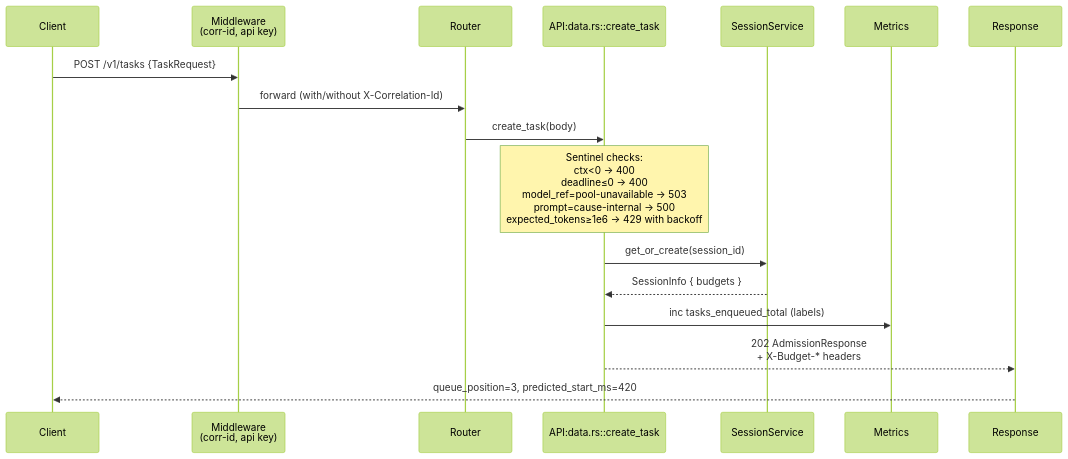
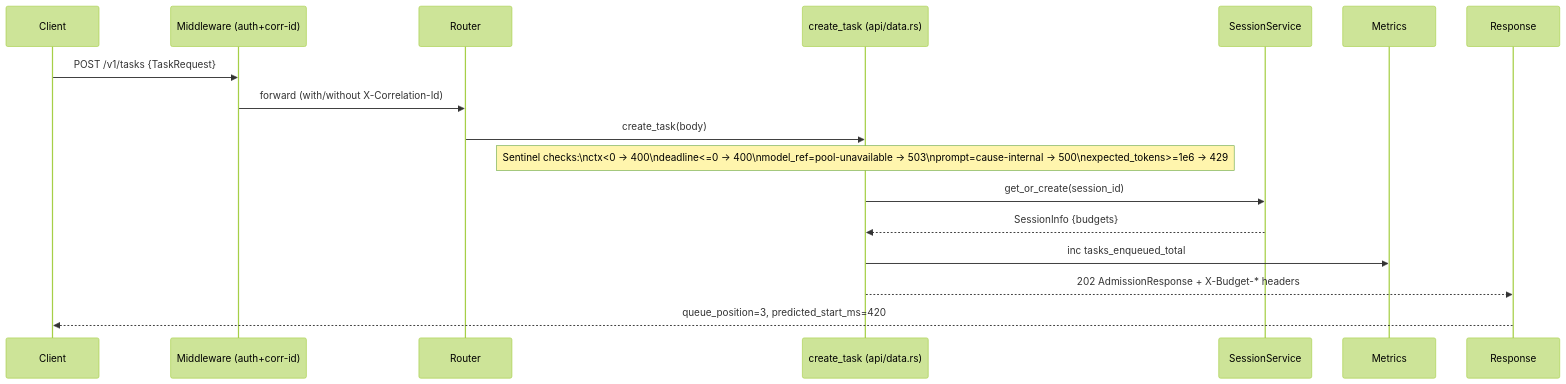
The third of 11 diagrams in orchestratord/README.md (veighnsche/llama-orch), drawn with Mermaid (forest theme) before and after one commit. The commit also changed other lines of this file and 3 other files, not shown here.

Commit message:
docs: simplify Mermaid diagrams by removing redundant labels and notes

````diff
--- a/orchestratord/README.md
+++ b/orchestratord/README.md
@@ -189,20 +189,20 @@
 ```mermaid
 sequenceDiagram
   participant C as Client
-  participant M as Middleware<br/>(corr-id, api key)
+  participant M as Middleware (auth+corr-id)
   participant R as Router
-  participant A as API:data.rs::create_task
+  participant A as create_task (api/data.rs)
   participant S as SessionService
   participant MET as Metrics
   participant RES as Response
 
   C->>M: POST /v1/tasks {TaskRequest}
   M->>R: forward (with/without X-Correlation-Id)
   R->>A: create_task(body)
-  Note over A: Sentinel checks:<br/>ctx<0 → 400<br/>deadline≤0 → 400<br/>model_ref=pool-unavailable → 503<br/>prompt=cause-internal → 500<br/>expected_tokens≥1e6 → 429 with backoff
+  Note over A: Sentinel checks:\nctx<0 -> 400\ndeadline<=0 -> 400\nmodel_ref=pool-unavailable -> 503\nprompt=cause-internal -> 500\nexpected_tokens>=1e6 -> 429
   A->>S: get_or_create(session_id)
-  S-->>A: SessionInfo { budgets }
-  A->>MET: inc tasks_enqueued_total (labels)
-  A-->>RES: 202 AdmissionResponse<br/>+ X-Budget-* headers
+  S-->>A: SessionInfo {budgets}
+  A->>MET: inc tasks_enqueued_total
+  A-->>RES: 202 AdmissionResponse + X-Budget-* headers
   RES-->>C: queue_position=3, predicted_start_ms=420
 ```
````
